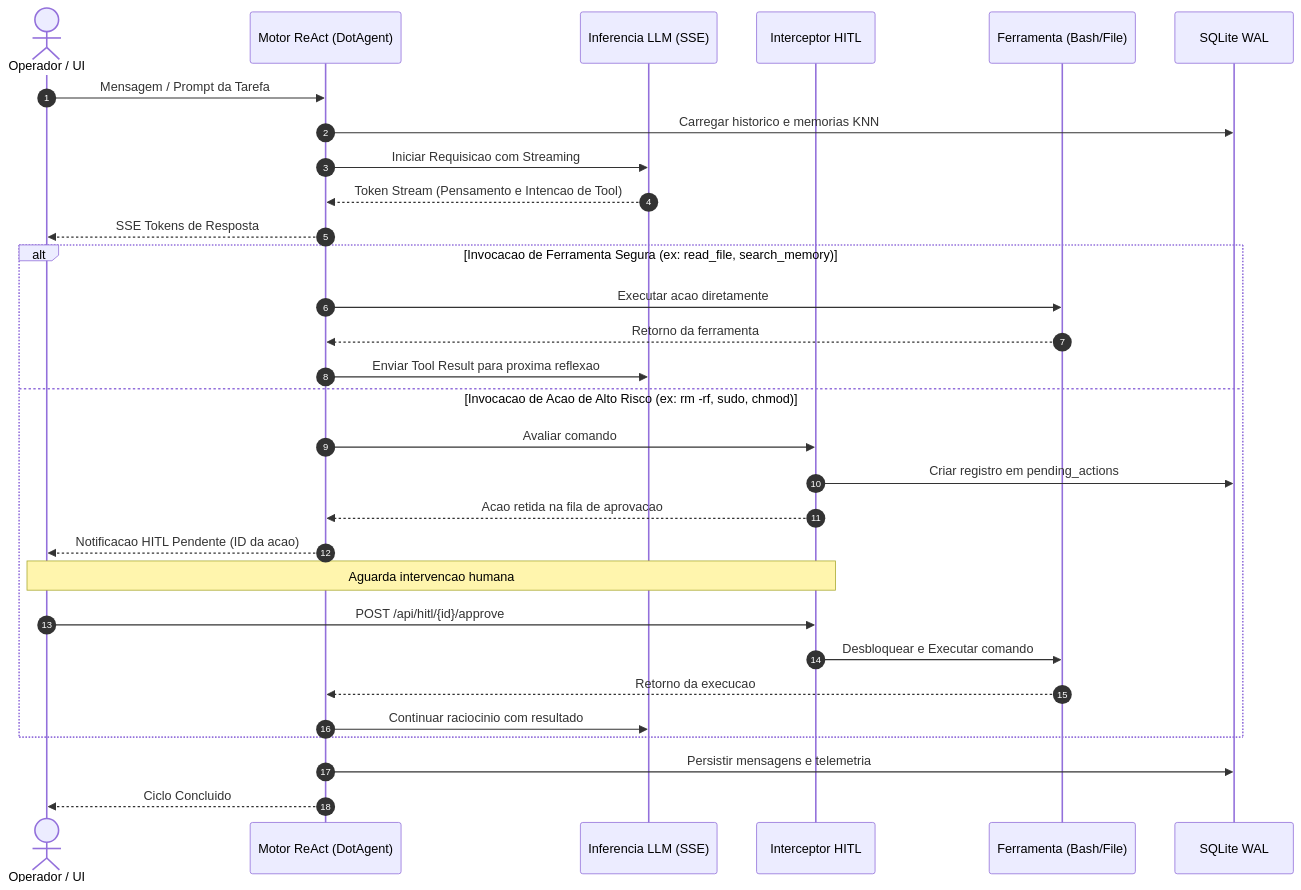
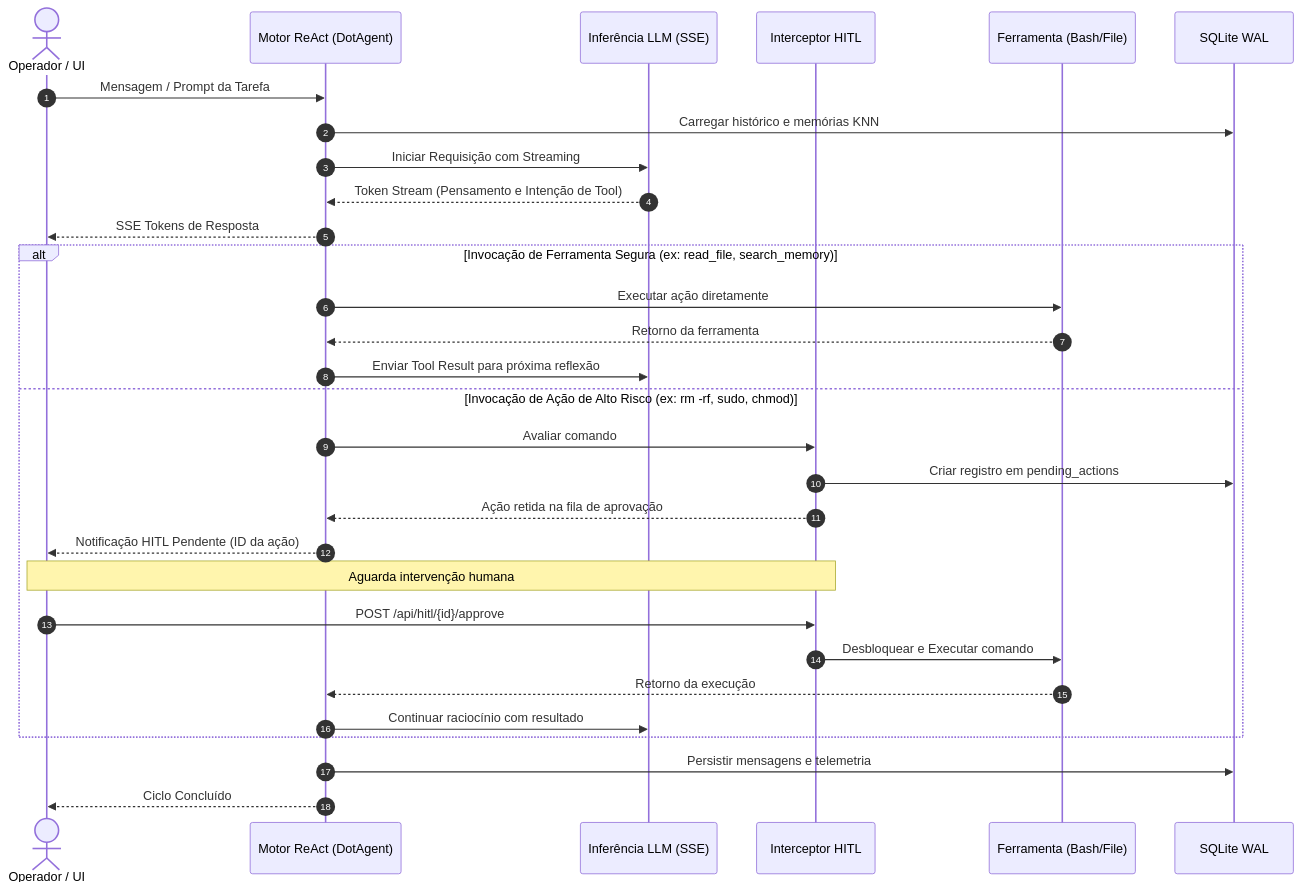
One commit to lyonpamplona/piDots changed the second of 13 diagrams in ARCHITECTURE.md. Above: the diagram before and after it, drawn with Mermaid. The commit also changed other lines of this file and 1 other file, not shown here.

````diff
--- a/ARCHITECTURE.md
+++ b/ARCHITECTURE.md
@@ -89,36 +89,36 @@
 ```mermaid
 sequenceDiagram
     autonumber
     actor Operador as Operador / UI
     participant Agent as Motor ReAct (DotAgent)
-    participant LLM as Inferencia LLM (SSE)
+    participant LLM as Inferência LLM (SSE)
     participant HITL as Interceptor HITL
     participant Tool as Ferramenta (Bash/File)
     participant DB as SQLite WAL
 
     Operador->>Agent: Mensagem / Prompt da Tarefa
-    Agent->>DB: Carregar historico e memorias KNN
-    Agent->>LLM: Iniciar Requisicao com Streaming
-    LLM-->>Agent: Token Stream (Pensamento e Intencao de Tool)
+    Agent->>DB: Carregar histórico e memórias KNN
+    Agent->>LLM: Iniciar Requisição com Streaming
+    LLM-->>Agent: Token Stream (Pensamento e Intenção de Tool)
     Agent-->>Operador: SSE Tokens de Resposta
     
-    alt Invocacao de Ferramenta Segura (ex: read_file, search_memory)
-        Agent->>Tool: Executar acao diretamente
+    alt Invocação de Ferramenta Segura (ex: read_file, search_memory)
+        Agent->>Tool: Executar ação diretamente
         Tool-->>Agent: Retorno da ferramenta
-        Agent->>LLM: Enviar Tool Result para proxima reflexao
-    else Invocacao de Acao de Alto Risco (ex: rm -rf, sudo, chmod)
+        Agent->>LLM: Enviar Tool Result para próxima reflexão
+    else Invocação de Ação de Alto Risco (ex: rm -rf, sudo, chmod)
         Agent->>HITL: Avaliar comando
         HITL->>DB: Criar registro em pending_actions
-        HITL-->>Agent: Acao retida na fila de aprovacao
-        Agent-->>Operador: Notificacao HITL Pendente (ID da acao)
+        HITL-->>Agent: Ação retida na fila de aprovação
+        Agent-->>Operador: Notificação HITL Pendente (ID da ação)
         
-        Note over Operador,HITL: Aguarda intervencao humana
+        Note over Operador,HITL: Aguarda intervenção humana
         Operador->>HITL: POST /api/hitl/{id}/approve
         HITL->>Tool: Desbloquear e Executar comando
-        Tool-->>Agent: Retorno da execucao
-        Agent->>LLM: Continuar raciocinio com resultado
+        Tool-->>Agent: Retorno da execução
+        Agent->>LLM: Continuar raciocínio com resultado
     end
 
     Agent->>DB: Persistir mensagens e telemetria
-    Agent-->>Operador: Ciclo Concluido
+    Agent-->>Operador: Ciclo Concluído
 ```
````
